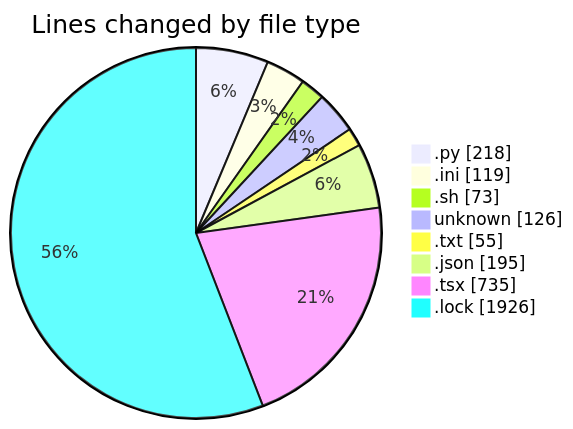
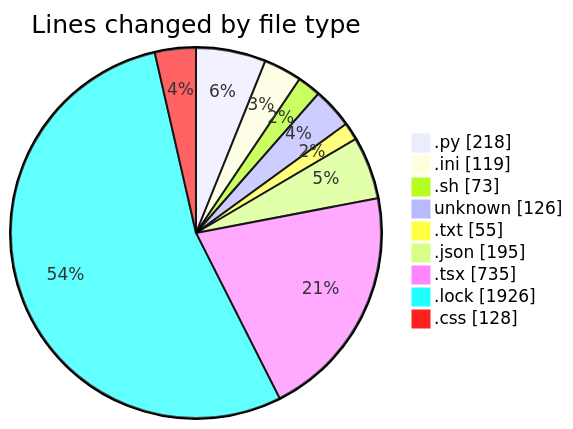
The first of 2 diagrams in 2025-05-12/niten/README.md (Elitesun/code-tracking), drawn with Mermaid before and after one commit. The commit also changed other lines of this file and 1 other file, not shown here.

````diff
--- a/2025-05-12/niten/README.md
+++ b/2025-05-12/niten/README.md
@@ -33,12 +34,13 @@
 ```mermaid
 pie showData
 title Lines changed by file type
 ".py" : 218
 ".ini" : 119
 ".sh" : 73
 "unknown" : 126
 ".txt" : 55
 ".json" : 195
 ".tsx" : 735
 ".lock" : 1926
+".css" : 128
 ```
````
